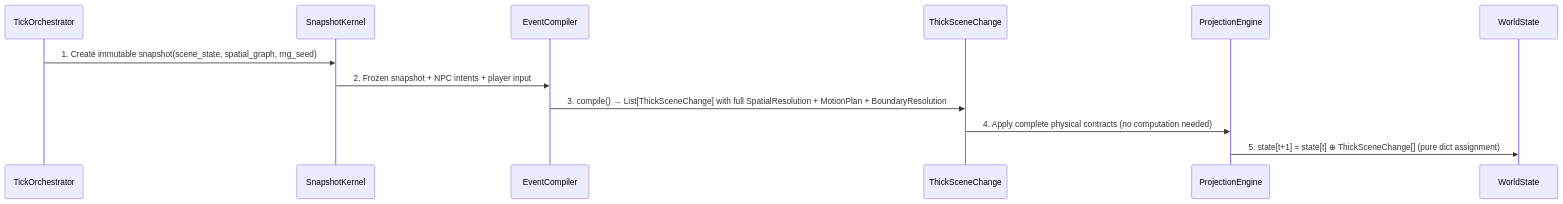
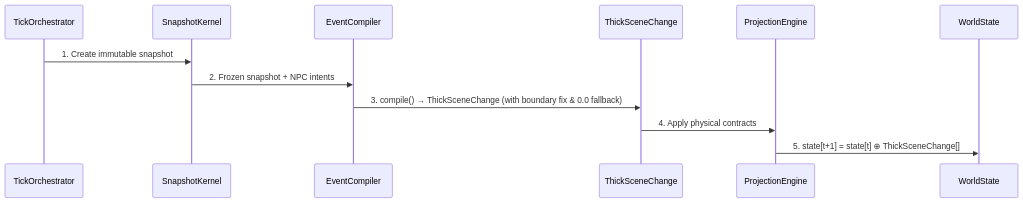
Diagram 17 of 32 in docs/ARCHITECTURE_FLOW_GENERATED.md (4Um4/Enigma), drawn with Mermaid before and after one commit. The commit also changed other lines of this file and 80 other files, not shown here.

````diff
--- a/docs/ARCHITECTURE_FLOW_GENERATED.md
+++ b/docs/ARCHITECTURE_FLOW_GENERATED.md
@@ -895,14 +851,14 @@
 ```mermaid
 sequenceDiagram
 participant TickOrchestrator
 participant SnapshotKernel
 participant EventCompiler
 participant ThickSceneChange
 participant ProjectionEngine
 participant WorldState
-TickOrchestrator->>SnapshotKernel: 1. Create immutable snapshot(scene_state, spatial_graph, rng_seed)
-SnapshotKernel->>EventCompiler: 2. Frozen snapshot + NPC intents + player input
-EventCompiler->>ThickSceneChange: 3. compile() → List[ThickSceneChange] with full SpatialResolution + MotionPlan + BoundaryResolution
-ThickSceneChange->>ProjectionEngine: 4. Apply complete physical contracts (no computation needed)
-ProjectionEngine->>WorldState: 5. state[t+1] = state[t] ⊕ ThickSceneChange[] (pure dict assignment)
+TickOrchestrator->>SnapshotKernel: 1. Create immutable snapshot
+SnapshotKernel->>EventCompiler: 2. Frozen snapshot + NPC intents
+EventCompiler->>ThickSceneChange: 3. compile() → ThickSceneChange (with boundary fix & 0.0 fallback)
+ThickSceneChange->>ProjectionEngine: 4. Apply physical contracts
+ProjectionEngine->>WorldState: 5. state[t+1] = state[t] ⊕ ThickSceneChange[]
 ```
````
